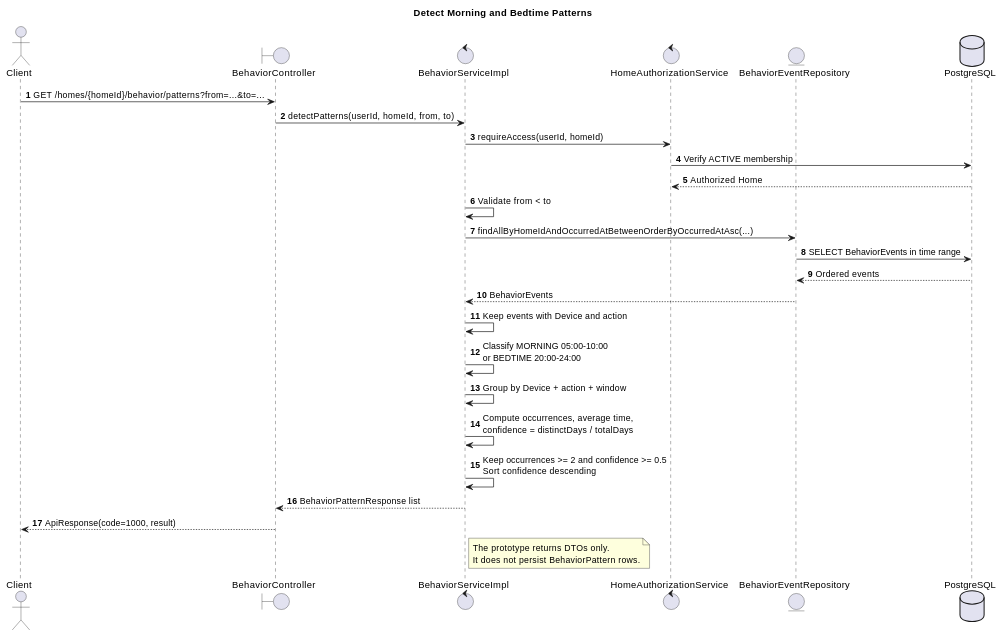
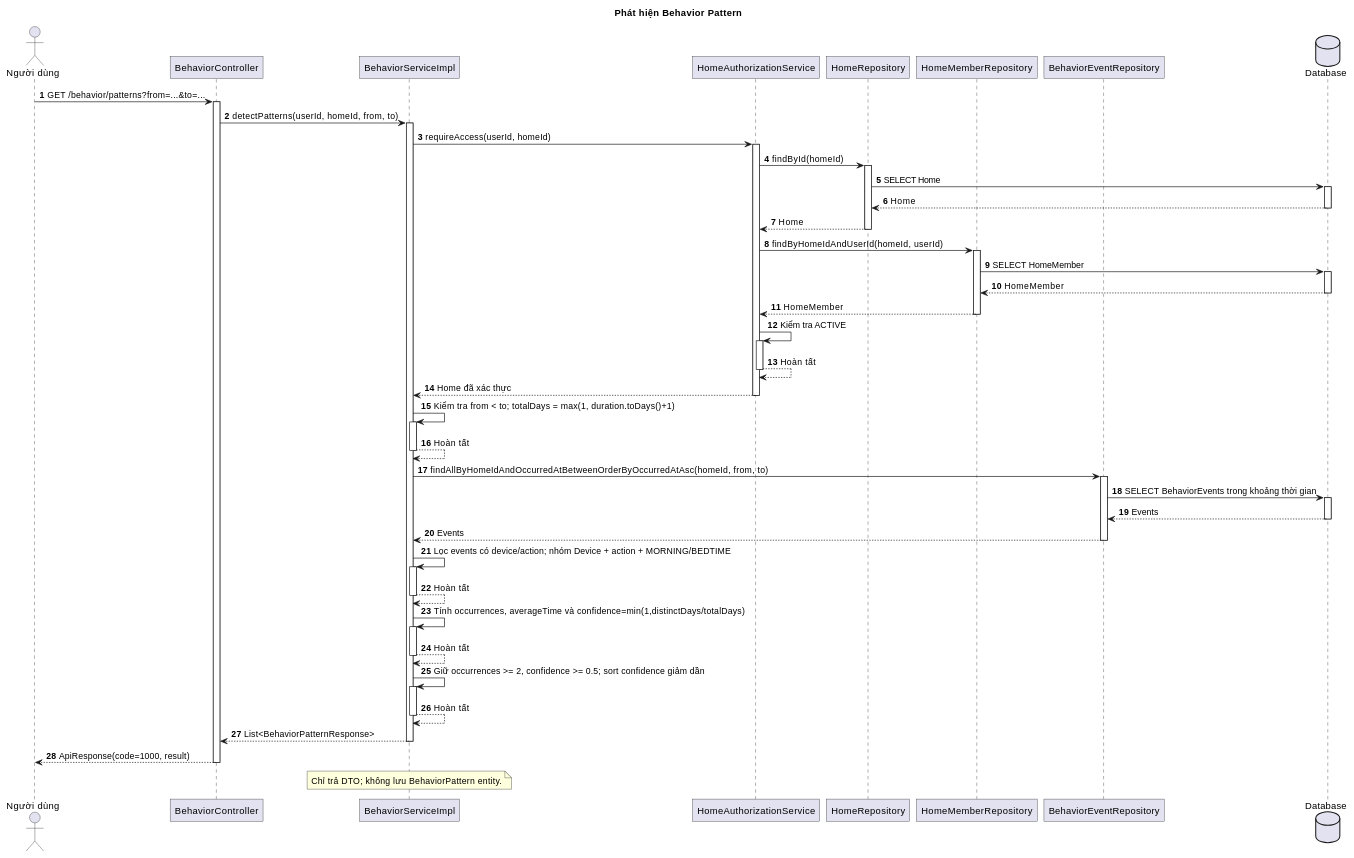
Diagram 16 of 16 in docs/AUTOMATION_BEHAVIOR_IMPLEMENTATION.md (diethon/backend_hesta), drawn with PlantUML before and after one commit. The commit also changed other lines of this file and 3 other files, not shown here.

````diff
--- a/docs/AUTOMATION_BEHAVIOR_IMPLEMENTATION.md
+++ b/docs/AUTOMATION_BEHAVIOR_IMPLEMENTATION.md
@@ -724,36 +2224,78 @@
 ```plantuml
 @startuml Behavior_Pattern_Detection
-title Detect Morning and Bedtime Patterns
+title Phát hiện Behavior Pattern
+skinparam backgroundColor white
+skinparam shadowing false
+skinparam roundcorner 0
+skinparam defaultFontName Arial
+
 autonumber
-
-actor Client
-boundary BehaviorController as Controller
-control BehaviorServiceImpl as Service
-control HomeAuthorizationService as Authorization
-entity BehaviorEventRepository as EventRepo
-database PostgreSQL as DB
-
-Client -> Controller: GET /homes/{homeId}/behavior/patterns?from=...&to=...
+actor "Người dùng" as Client
+participant "BehaviorController" as Controller
+participant "BehaviorServiceImpl" as Service
+participant "HomeAuthorizationService" as Auth
+participant "HomeRepository" as HomeRepo
+participant "HomeMemberRepository" as MemberRepo
+participant "BehaviorEventRepository" as EventRepo
+database "Database" as DB
+Client -> Controller: GET /behavior/patterns?from=...&to=...
+activate Controller
 Controller -> Service: detectPatterns(userId, homeId, from, to)
-Service -> Authorization: requireAccess(userId, homeId)
-Authorization -> DB: Verify ACTIVE membership
-DB --> Authorization: Authorized Home
-Service -> Service: Validate from < to
-Service -> EventRepo: findAllByHomeIdAndOccurredAtBetweenOrderByOccurredAtAsc(...)
-EventRepo -> DB: SELECT BehaviorEvents in time range
-DB --> EventRepo: Ordered events
-EventRepo --> Service: BehaviorEvents
-Service -> Service: Keep events with Device and action
-Service -> Service: Classify MORNING 05:00-10:00\nor BEDTIME 20:00-24:00
-Service -> Service: Group by Device + action + window
-Service -> Service: Compute occurrences, average time,\nconfidence = distinctDays / totalDays
-Service -> Service: Keep occurrences >= 2 and confidence >= 0.5\nSort confidence descending
-Service --> Controller: BehaviorPatternResponse list
+activate Service
+Service -> Auth: requireAccess(userId, homeId)
+activate Auth
+Auth -> HomeRepo: findById(homeId)
+activate HomeRepo
+HomeRepo -> DB: SELECT Home
+activate DB
+DB --> HomeRepo: Home
+deactivate DB
+HomeRepo --> Auth: Home
+deactivate HomeRepo
+Auth -> MemberRepo: findByHomeIdAndUserId(homeId, userId)
+activate MemberRepo
+MemberRepo -> DB: SELECT HomeMember
+activate DB
+DB --> MemberRepo: HomeMember
+deactivate DB
+MemberRepo --> Auth: HomeMember
+deactivate MemberRepo
+Auth -> Auth: Kiểm tra ACTIVE
+activate Auth
+Auth --> Auth: Hoàn tất
+deactivate Auth
+Auth --> Service: Home đã xác thực
+deactivate Auth
+Service -> Service: Kiểm tra from < to; totalDays = max(1, duration.toDays()+1)
+activate Service
+Service --> Service: Hoàn tất
+deactivate Service
+Service -> EventRepo: findAllByHomeIdAndOccurredAtBetweenOrderByOccurredAtAsc(homeId, from, to)
+activate EventRepo
+EventRepo -> DB: SELECT BehaviorEvents trong khoảng thời gian
+activate DB
+DB --> EventRepo: Events
+deactivate DB
+EventRepo --> Service: Events
+deactivate EventRepo
+Service -> Service: Lọc events có device/action; nhóm Device + action + MORNING/BEDTIME
+activate Service
+Service --> Service: Hoàn tất
+deactivate Service
+Service -> Service: Tính occurrences, averageTime và confidence=min(1,distinctDays/totalDays)
+activate Service
+Service --> Service: Hoàn tất
+deactivate Service
+Service -> Service: Giữ occurrences >= 2, confidence >= 0.5; sort confidence giảm dần
+activate Service
+Service --> Service: Hoàn tất
+deactivate Service
+Service --> Controller: List<BehaviorPatternResponse>
+deactivate Service
 Controller --> Client: ApiResponse(code=1000, result)
-
-note right of Service
-  The prototype returns DTOs only.
-  It does not persist BehaviorPattern rows.
+deactivate Controller
+note over Service
+Chỉ trả DTO; không lưu BehaviorPattern entity.
 end note
 @enduml
 ```
````
